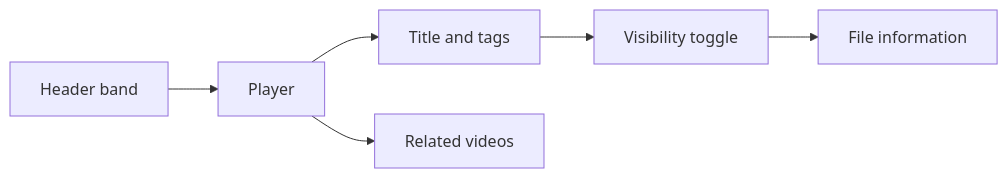
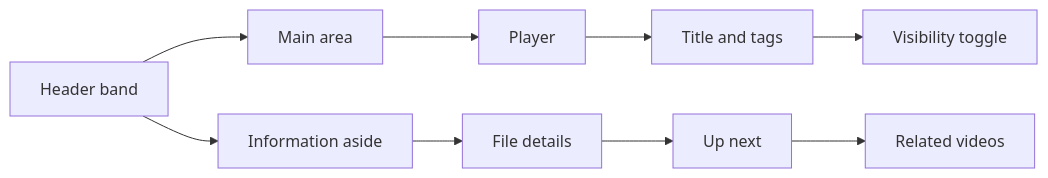
The ninth of 13 diagrams in docs/design-docs/library-ui.md (syudead/vv), drawn with Mermaid before and after one commit. The commit also changed other lines of this file, not shown here.

First line of the commit message:
文書: 動画ページの配置の説明を詳細ページの型と情報欄の File details に合わせる

````diff
--- a/docs/design-docs/library-ui.md
+++ b/docs/design-docs/library-ui.md
@@ -358,8 +360,11 @@
 ```mermaid
 flowchart LR
-  band[Header band] --> player[Player]
+  band[Header band] --> main[Main area]
+  band --> aside[Information aside]
+  main --> player[Player]
   player --> title[Title and tags]
   title --> vis[Visibility toggle]
-  vis --> info[File information]
-  player --> related[Related videos]
+  aside --> info[File details]
+  info --> next[Up next]
+  next --> related[Related videos]
 ```
````
